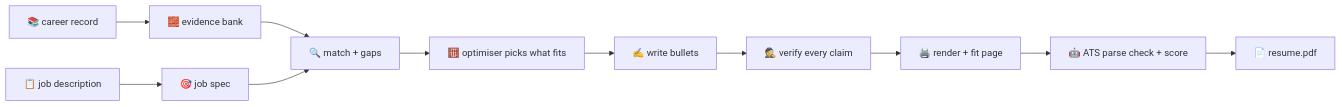
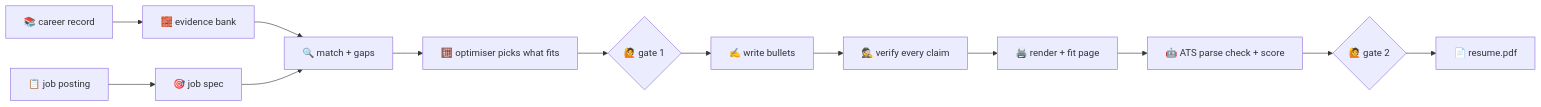
Before and after one commit to kanishkpaul/haha: the diagram in README.md, drawn with Mermaid. The commit also changed other lines of this file and 2 other files, not shown here.

````diff
--- a/README.md
+++ b/README.md
@@ -45,13 +69,15 @@
 ```mermaid
 flowchart LR
     R[📚 career record] --> B[🧱 evidence bank]
-    J[📋 job description] --> S[🎯 job spec]
+    J[📋 job posting] --> S[🎯 job spec]
     B --> M[🔍 match + gaps]
     S --> M
     M --> P[🧮 optimiser picks what fits]
-    P --> W[✍️ write bullets]
+    P --> G1{🙋 gate 1}
+    G1 --> W[✍️ write bullets]
     W --> V[🕵️ verify every claim]
     V --> X[🖨️ render + fit page]
     X --> A[🤖 ATS parse check + score]
-    A --> O[📄 resume.pdf]
+    A --> G2{🙋 gate 2}
+    G2 --> O[📄 resume.pdf]
 ```
````
